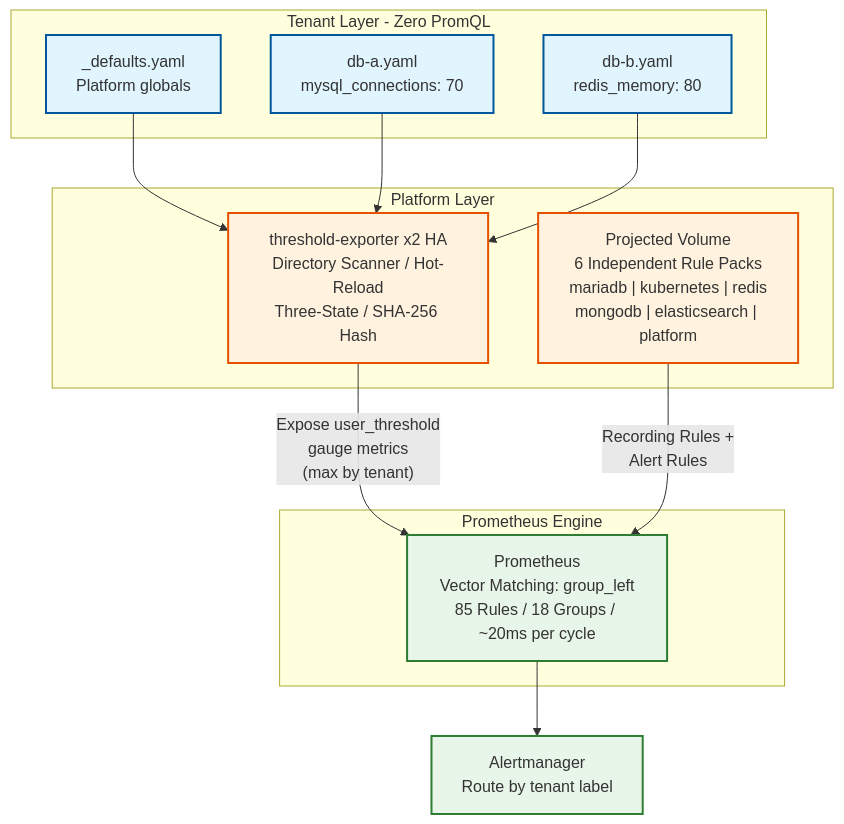
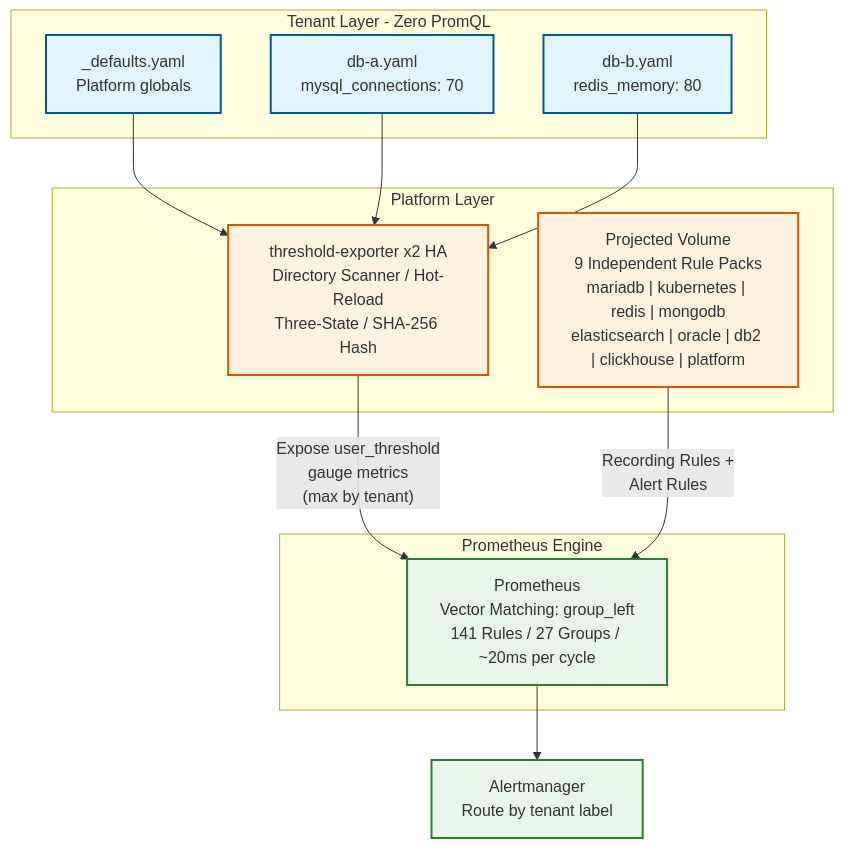
One commit to vencil/Dynamic-Alerting-Integrations changed the second of 2 diagrams in README.md. Above: the diagram before and after it, drawn with Mermaid. The commit also changed other lines of this file and 35 other files, not shown here.

````diff
--- a/README.md
+++ b/README.md
@@ -135,31 +156,31 @@
 ```mermaid
 graph TD
     subgraph TL["Tenant Layer - Zero PromQL"]
         D["_defaults.yaml<br/>Platform globals"]
         T1["db-a.yaml<br/>mysql_connections: 70"]
         T2["db-b.yaml<br/>redis_memory: 80"]
     end
 
     subgraph PL["Platform Layer"]
         TE["threshold-exporter x2 HA<br/>Directory Scanner / Hot-Reload<br/>Three-State / SHA-256 Hash"]
-        RP["Projected Volume<br/>6 Independent Rule Packs<br/>mariadb | kubernetes | redis<br/>mongodb | elasticsearch | platform"]
+        RP["Projected Volume<br/>9 Independent Rule Packs<br/>mariadb | kubernetes | redis | mongodb<br/>elasticsearch | oracle | db2 | clickhouse | platform"]
     end
 
     subgraph PE["Prometheus Engine"]
-        PROM["Prometheus<br/>Vector Matching: group_left<br/>85 Rules / 18 Groups / ~20ms per cycle"]
+        PROM["Prometheus<br/>Vector Matching: group_left<br/>141 Rules / 27 Groups / ~20ms per cycle"]
     end
 
     D --> TE
     T1 --> TE
     T2 --> TE
     TE -->|"Expose user_threshold<br/>gauge metrics<br/>(max by tenant)"| PROM
     RP -->|"Recording Rules +<br/>Alert Rules"| PROM
     PROM --> AM["Alertmanager<br/>Route by tenant label"]
 
     classDef tenant fill:#e1f5fe,stroke:#01579b,stroke-width:2px
     classDef platform fill:#fff3e0,stroke:#e65100,stroke-width:2px
     classDef engine fill:#e8f5e9,stroke:#2e7d32,stroke-width:2px
     class D,T1,T2 tenant
     class TE,RP platform
     class PROM,AM engine
 ```
````
